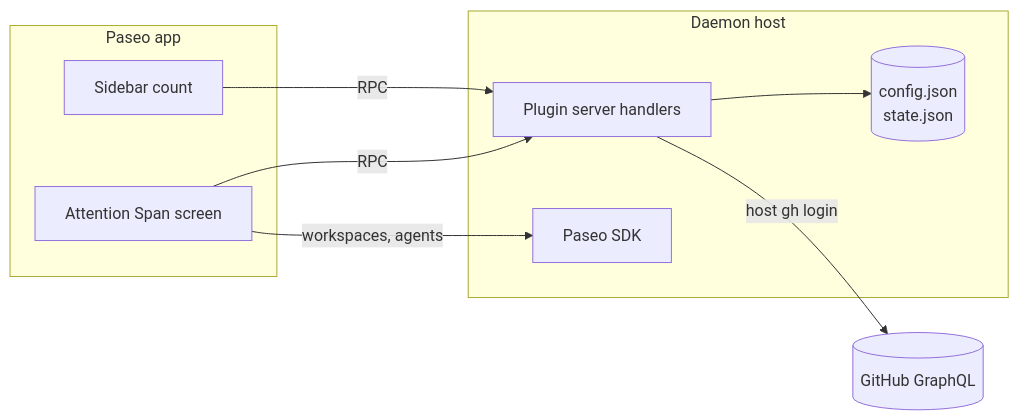
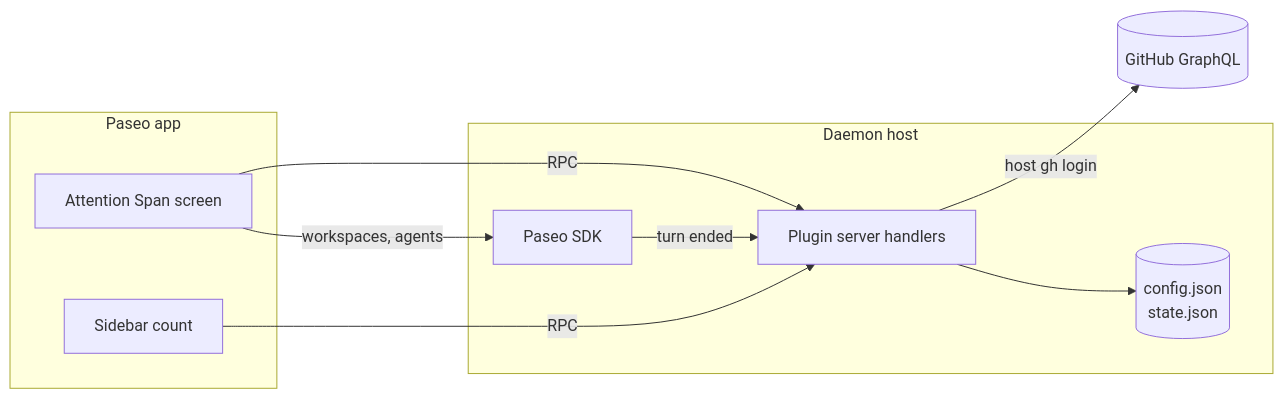
The diagram in docs/architecture.md (andrioid/paseo-attention-span), drawn with Mermaid before and after one commit. The commit also changed other lines of this file and 38 other files, not shown here.

````diff
--- a/docs/architecture.md
+++ b/docs/architecture.md
@@ -7,18 +7,19 @@
 ```mermaid
 flowchart LR
   subgraph Paseo app
     Screen[Attention Span screen]
     Badge[Sidebar count]
   end
   subgraph Daemon host
     Server[Plugin server handlers]
     Files[(config.json<br/>state.json)]
     Paseo[Paseo SDK]
   end
   GitHub[(GitHub GraphQL)]
   Screen -- RPC --> Server
   Badge -- RPC --> Server
   Server -- host gh login --> GitHub
   Server --> Files
   Screen -- workspaces, agents --> Paseo
+  Paseo -- turn ended --> Server
 ```
````
